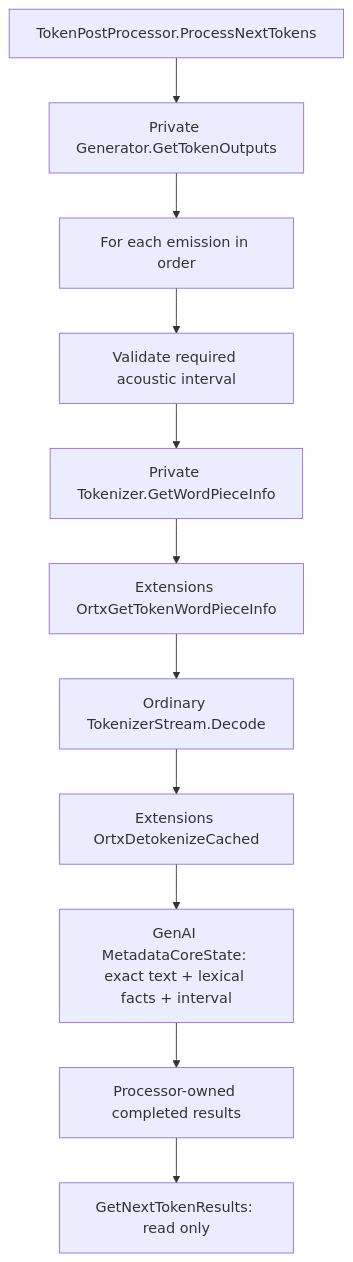
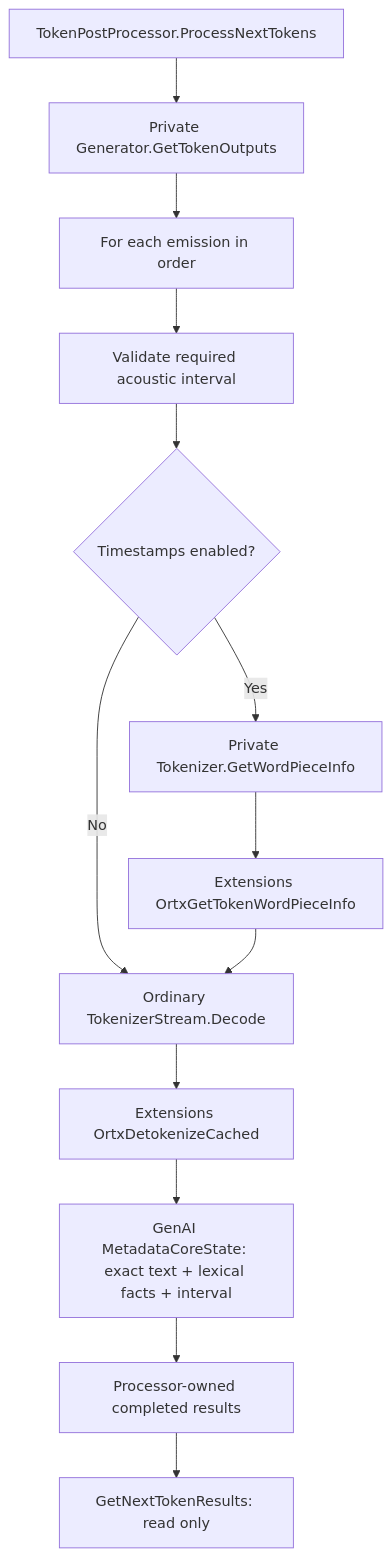
One commit to microsoft/onnxruntime-genai changed the diagram in docs/metadata_decode.md. Above: the diagram before and after it, drawn with Mermaid. The commit also changed other lines of this file and 24 other files, not shown here.

````diff
--- a/docs/metadata_decode.md
+++ b/docs/metadata_decode.md
@@ -55,13 +59,15 @@
 ```mermaid
 flowchart TD
   process[TokenPostProcessor.ProcessNextTokens] --> outputs[Private Generator.GetTokenOutputs]
   outputs --> each[For each emission in order]
   each --> validate[Validate required acoustic interval]
-  validate --> facts[Private Tokenizer.GetWordPieceInfo]
+  validate --> enabled{Timestamps enabled?}
+  enabled -->|Yes| facts[Private Tokenizer.GetWordPieceInfo]
+  enabled -->|No| decode
   facts --> lookup[Extensions OrtxGetTokenWordPieceInfo]
   lookup --> decode[Ordinary TokenizerStream.Decode]
   decode --> cache[Extensions OrtxDetokenizeCached]
   cache --> group[GenAI MetadataCoreState: exact text + lexical facts + interval]
   group --> results[Processor-owned completed results]
   results --> read[GetNextTokenResults: read only]
 ```
````
